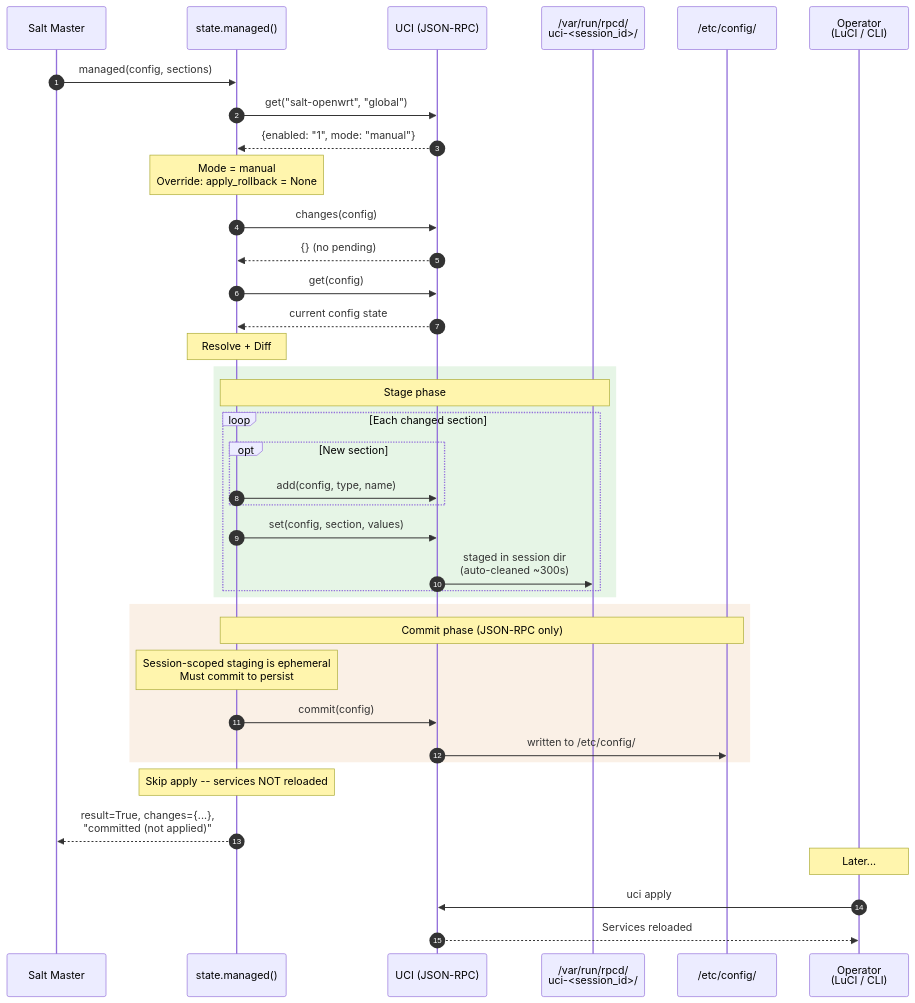
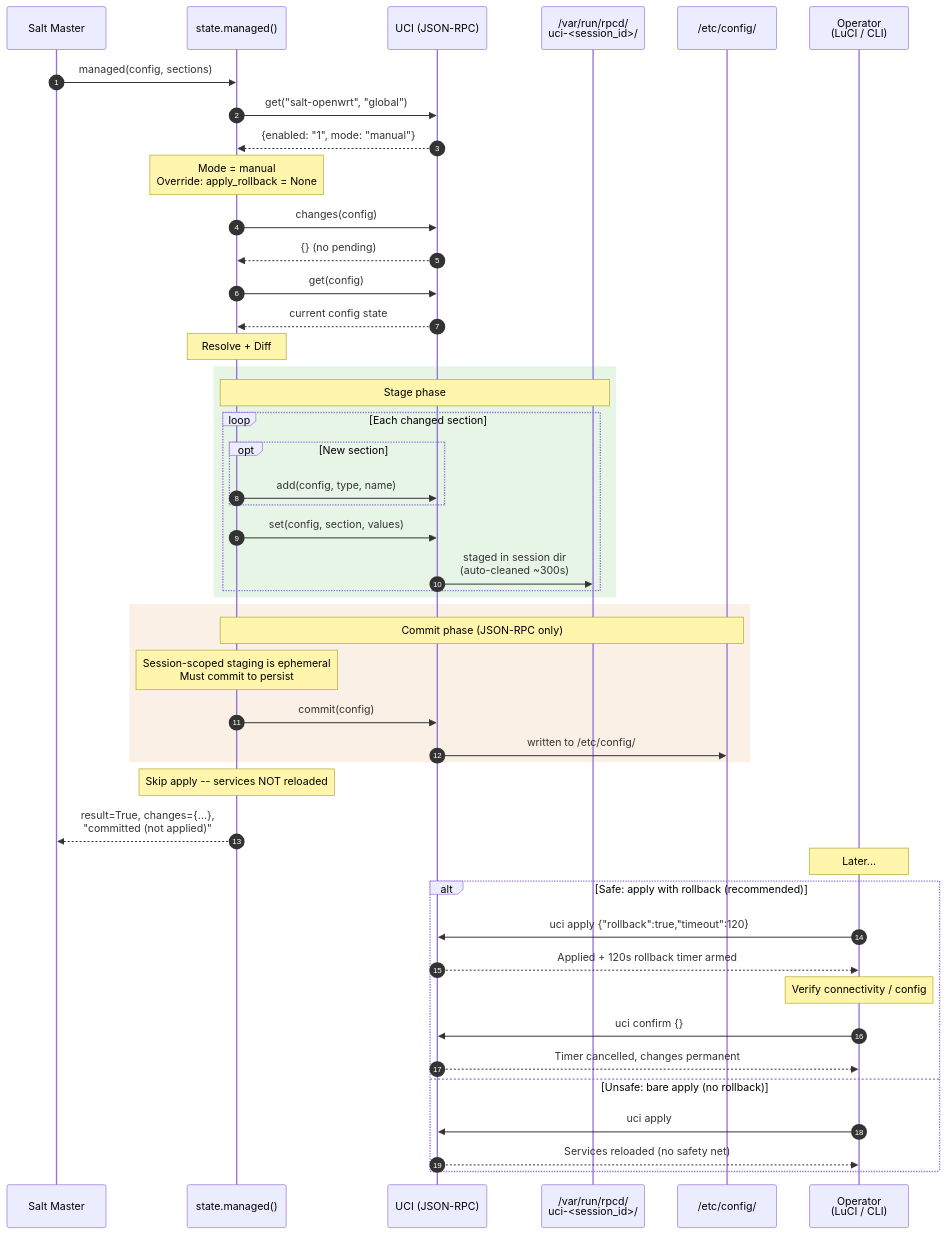
One commit to cprima-homelab/saltext-openwrt-ubus changed the fourth of 7 diagrams in docs/topics/managed-flow.md. Above: the diagram before and after it, drawn with Mermaid. The commit also changed other lines of this file and 5 other files, not shown here.

````diff
--- a/docs/topics/managed-flow.md
+++ b/docs/topics/managed-flow.md
@@ -183,50 +201,59 @@
 ```{mermaid}
 sequenceDiagram
     autonumber
     participant Master as Salt Master
     participant State as state.managed()
     participant UCI as UCI (JSON-RPC)
     participant Session as /var/run/rpcd/<br/>uci-<session_id>/
     participant Config as /etc/config/
     participant Human as Operator<br/>(LuCI / CLI)
 
     Master->>State: managed(config, sections)
     State->>UCI: get("salt-openwrt", "global")
     UCI-->>State: {enabled: "1", mode: "manual"}
 
     Note over State: Mode = manual<br/>Override: apply_rollback = None
 
     State->>UCI: changes(config)
     UCI-->>State: {} (no pending)
 
     State->>UCI: get(config)
     UCI-->>State: current config state
 
     Note over State: Resolve + Diff
 
     rect rgb(230, 245, 230)
         Note over State,Session: Stage phase
         loop Each changed section
             opt New section
                 State->>UCI: add(config, type, name)
             end
             State->>UCI: set(config, section, values)
             UCI->>Session: staged in session dir<br/>(auto-cleaned ~300s)
         end
     end
 
     rect rgb(250, 240, 230)
         Note over State,Config: Commit phase (JSON-RPC only)
         Note over State: Session-scoped staging is ephemeral<br/>Must commit to persist
         State->>UCI: commit(config)
         UCI->>Config: written to /etc/config/
     end
 
     Note over State: Skip apply -- services NOT reloaded
 
     State-->>Master: result=True, changes={...},<br/>"committed (not applied)"
 
     Note over Human: Later...
-    Human->>UCI: uci apply
-    UCI-->>Human: Services reloaded
+
+    alt Safe: apply with rollback (recommended)
+        Human->>UCI: uci apply {"rollback":true,"timeout":120}
+        UCI-->>Human: Applied + 120s rollback timer armed
+        Note over Human: Verify connectivity / config
+        Human->>UCI: uci confirm {}
+        UCI-->>Human: Timer cancelled, changes permanent
+    else Unsafe: bare apply (no rollback)
+        Human->>UCI: uci apply
+        UCI-->>Human: Services reloaded (no safety net)
+    end
 ```
````
